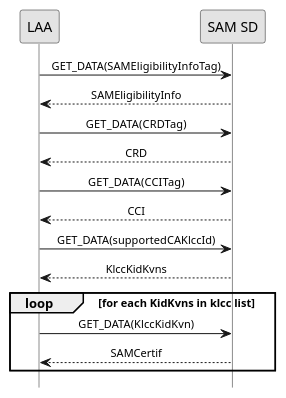
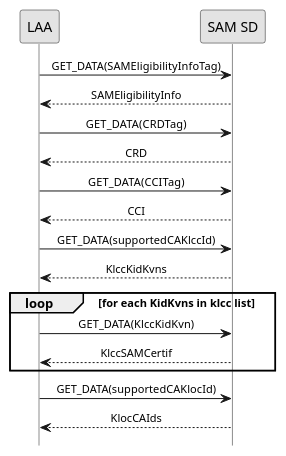
One commit to GlobalPlatform/LAA-SAM_SM-Interface changed the diagram in doc/uml/getSAMEligibilityInfos.pu. Above: the diagram before and after it, drawn with PlantUML. The commit also changed 10 other files, not shown here.

```diff
--- a/doc/uml/getSAMEligibilityInfos.pu
+++ b/doc/uml/getSAMEligibilityInfos.pu
@@ -1,23 +1,25 @@
 @startuml
  
 hide footbox
 skinparam sequenceMessageAlign center
 skinparam sequenceArrowFontSize 11
 skinparam noteFontSize 11
 skinparam monochrome true
 skinparam lifelinestrategy solid
 
 LAA -> "SAM SD" : GET_DATA(SAMEligibilityInfoTag)
 "SAM SD" --> LAA : SAMEligibilityInfo  
 LAA -> "SAM SD" : GET_DATA(CRDTag)
 "SAM SD" --> LAA : CRD
 LAA -> "SAM SD" : GET_DATA(CCITag)
 "SAM SD" --> LAA : CCI
 LAA -> "SAM SD" : GET_DATA(supportedCAKlccId)
 "SAM SD" --> LAA : KlccKidKvns
 loop for each KidKvns in klcc list
 LAA -> "SAM SD" : GET_DATA(KlccKidKvn)
-"SAM SD" --> LAA : SAMCertif
+"SAM SD" --> LAA : KlccSAMCertif
 end loop
+LAA -> "SAM SD" : GET_DATA(supportedCAKlocId)
+"SAM SD" --> LAA : KlocCAIds
 
 @enduml
```
